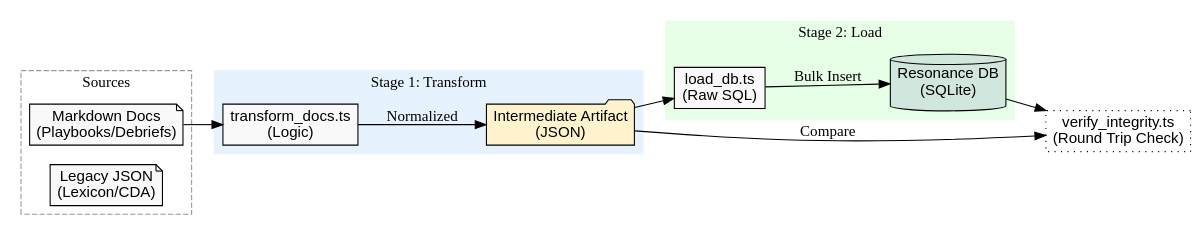
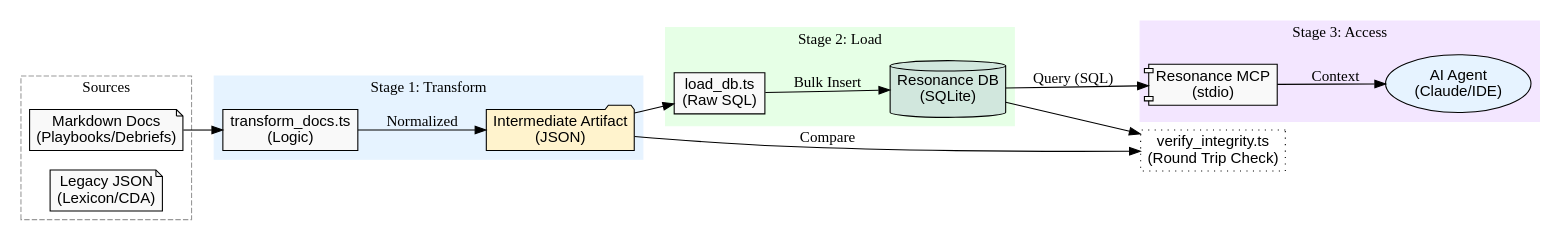
Before and after one commit to pjsvis/polyvis: the diagram in docs/data-architecture.md, drawn with Graphviz. The commit also changed other lines of this file and 9 other files, not shown here.

Commit message:
feat: Implement Model Context Protocol (MCP) server via new `serve` command, exposing ResonanceDB resources and a SQL query tool, and add corresponding tests and documentation.

````diff
--- a/docs/data-architecture.md
+++ b/docs/data-architecture.md
@@ -12,39 +14,50 @@
 ```dot
 digraph Pipeline {
     rankdir=LR;
     node [shape=box, style=filled, fillcolor="#f9f9f9", fontname="Arial"];
     
     subgraph cluster_sources {
         label = "Sources";
         style = dashed;
         color = "#999999";
         MD [label="Markdown Docs\n(Playbooks/Debriefs)", shape=note];
         Legacy [label="Legacy JSON\n(Lexicon/CDA)", shape=note];
     }
 
     subgraph cluster_transform {
         label = "Stage 1: Transform";
         style = filled;
         color = "#e6f3ff";
         Transformer [label="transform_docs.ts\n(Logic)"];
         Artifact [label="Intermediate Artifact\n(JSON)", shape=folder, fillcolor="#fff3cd"];
     }
 
     subgraph cluster_load {
         label = "Stage 2: Load";
         style = filled;
         color = "#e6ffe6";
         Loader [label="load_db.ts\n(Raw SQL)"];
         DB [label="Resonance DB\n(SQLite)", shape=cylinder, fillcolor="#d1e7dd"];
     }
 
     Ver [label="verify_integrity.ts\n(Round Trip Check)", style=dotted];
 
+    subgraph cluster_access {
+        label = "Stage 3: Access";
+        style = filled;
+        color = "#f3e6ff";
+        MCP [label="Resonance MCP\n(stdio)", shape=component];
+        Agent [label="AI Agent\n(Claude/IDE)", shape=ellipse, fillcolor="#e6f3ff"];
+    }
+
     MD -> Transformer;
     Transformer -> Artifact [label="Normalized"];
     Artifact -> Loader;
     Loader -> DB [label="Bulk Insert"];
     DB -> Ver;
     Artifact -> Ver [label="Compare"];
+    
+    DB -> MCP [label="Query (SQL)"];
+    MCP -> Agent [label="Context"];
 }
 ```
````
